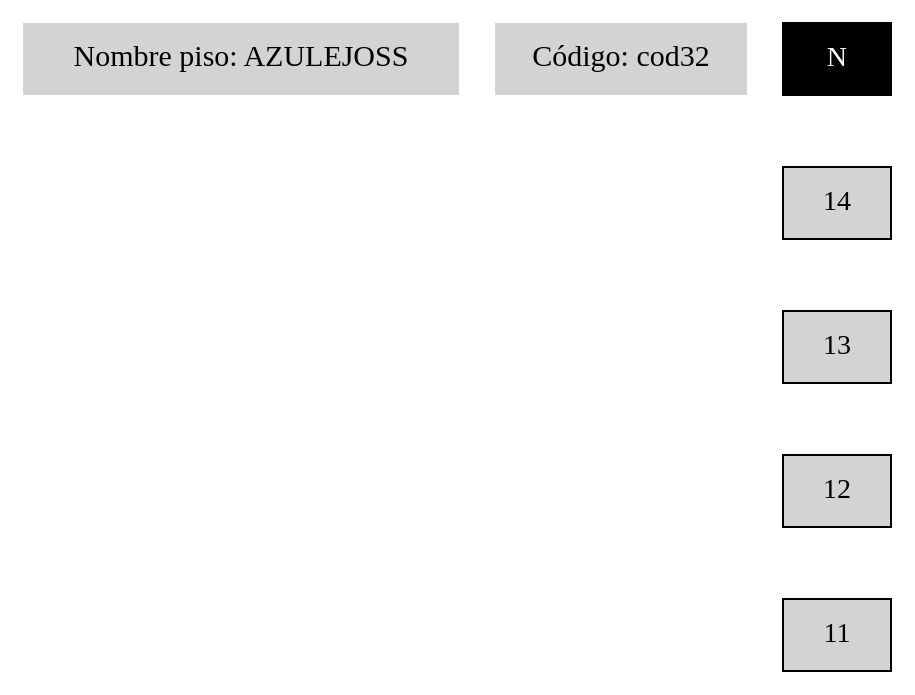
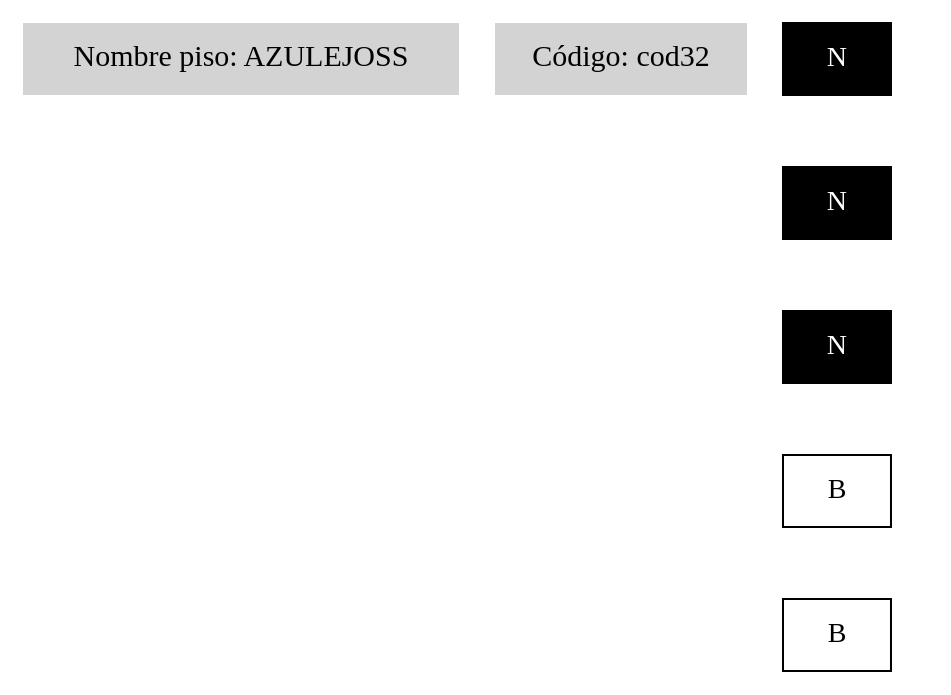
Before and after one commit to GiovanniEstrada/IPC2_Proyecto1_202006413_1S24: the diagram in cod32.gv, drawn with Graphviz. The commit also changed 18 other files, not shown here.

```diff
--- a/cod32.gv
+++ b/cod32.gv
@@ -1,14 +1,22 @@
 digraph G {
 	edge [style=invis]
 	rankdir=TB
 	node [shape=box style=filled]
 	subgraph matriz_azulejos {
 		T [label="Nombre piso: AZULEJOSS" fontsize=15 shape=plaintext]
 		S [label="Código: cod32" fontsize=15 shape=plaintext]
 		15 [label=N fillcolor=black fontcolor=white]
+		14 [label=N fillcolor=black fontcolor=white]
+		14 -> 14 [style=invis]
+		13 [label=N fillcolor=black fontcolor=white]
+		13 -> 13 [style=invis]
+		12 [label=B fillcolor=white]
+		12 -> 12 [style=invis]
+		11 [label=B fillcolor=white]
+		11 -> 11 [style=invis]
 	}
 	15 -> 14
 	14 -> 13
 	13 -> 12
 	12 -> 11
 }
```
